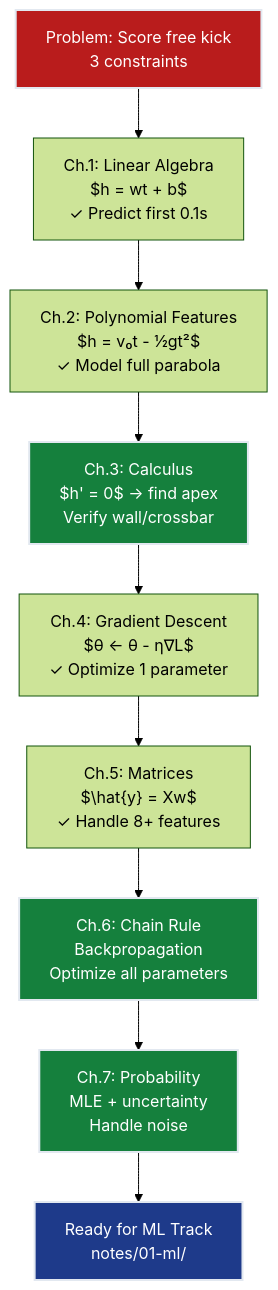
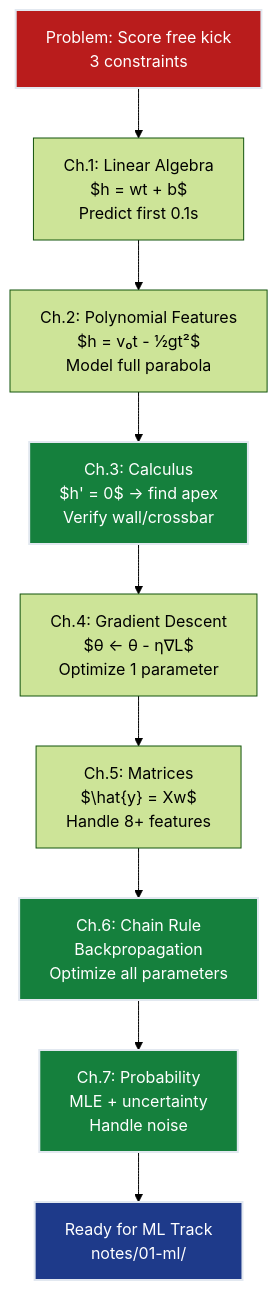
The diagram in notes/00-math-under-the-hood/grand-solution.md (dsgouda7/ai-portfolio), drawn with Mermaid (forest theme) before and after one commit. The commit also changed other lines of this file and 391 other files, not shown here.

````diff
--- a/notes/00-math-under-the-hood/grand-solution.md
+++ b/notes/00-math-under-the-hood/grand-solution.md
@@ -177,35 +177,35 @@
 ```mermaid
 flowchart TD
  START["Problem: Score free kick<br/>3 constraints"]
 
- CH1["Ch.1: Linear Algebra<br/>$h = wt + b$<br/>✓ Predict first 0.1s"]
+ CH1["Ch.1: Linear Algebra<br/>$h = wt + b$<br/> Predict first 0.1s"]
 
- CH2["Ch.2: Polynomial Features<br/>$h = v₀t - ½gt²$<br/>✓ Model full parabola"]
+ CH2["Ch.2: Polynomial Features<br/>$h = v₀t - ½gt²$<br/> Model full parabola"]
 
  CH3["Ch.3: Calculus<br/>$h' = 0$ → find apex<br/> Verify wall/crossbar"]
 
- CH4["Ch.4: Gradient Descent<br/>$θ ← θ - η∇L$<br/>✓ Optimize 1 parameter"]
+ CH4["Ch.4: Gradient Descent<br/>$θ ← θ - η∇L$<br/> Optimize 1 parameter"]
 
- CH5["Ch.5: Matrices<br/>$\hat{y} = Xw$<br/>✓ Handle 8+ features"]
+ CH5["Ch.5: Matrices<br/>$\hat{y} = Xw$<br/> Handle 8+ features"]
 
  CH6["Ch.6: Chain Rule<br/>Backpropagation<br/> Optimize all parameters"]
 
  CH7["Ch.7: Probability<br/>MLE + uncertainty<br/> Handle noise"]
 
  ML["Ready for ML Track<br/>notes/01-ml/"]
 
  START --> CH1
  CH1 --> CH2
  CH2 --> CH3
  CH3 --> CH4
  CH4 --> CH5
  CH5 --> CH6
  CH6 --> CH7
  CH7 --> ML
 
  style START fill:#b91c1c,stroke:#e2e8f0,stroke-width:2px,color:#ffffff
  style CH3 fill:#15803d,stroke:#e2e8f0,stroke-width:2px,color:#ffffff
  style CH6 fill:#15803d,stroke:#e2e8f0,stroke-width:2px,color:#ffffff
  style CH7 fill:#15803d,stroke:#e2e8f0,stroke-width:2px,color:#ffffff
  style ML fill:#1e3a8a,stroke:#e2e8f0,stroke-width:2px,color:#ffffff
 ```
````
